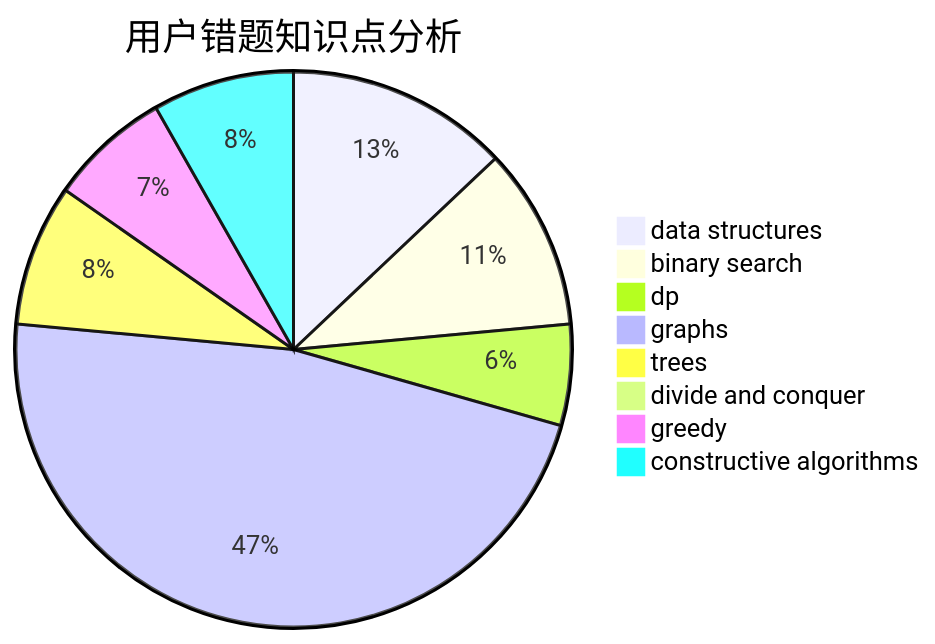
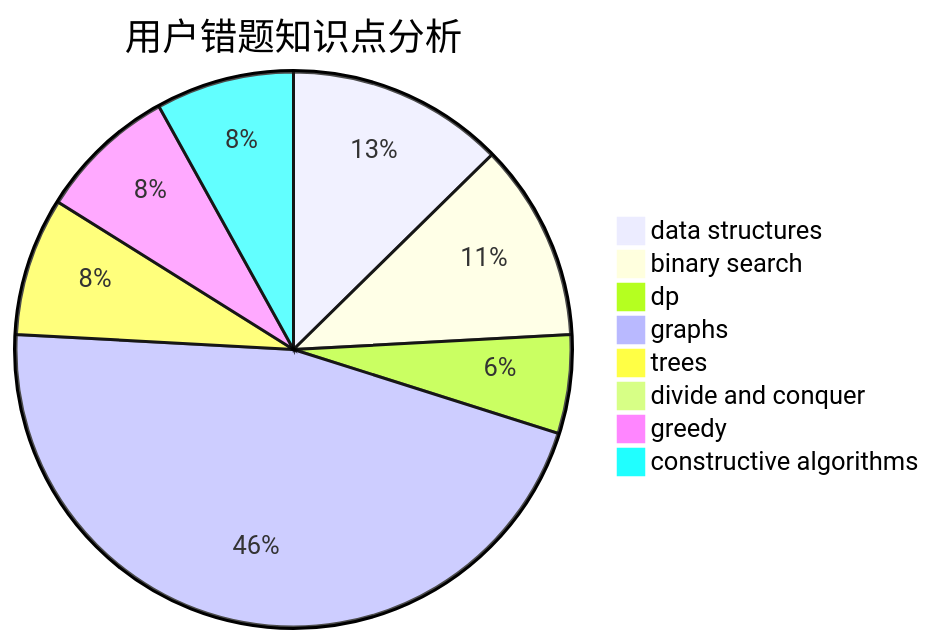
One commit to sherpahu/cfrs.github.io changed the third of 3 diagrams in docs/user/u1288.md. Above: the diagram before and after it, drawn with Mermaid. The commit also changed other lines of this file and 2770 other files, not shown here.

````diff
--- a/docs/user/u1288.md
+++ b/docs/user/u1288.md
@@ -36,11 +36,11 @@
 ```mermaid
 pie title 用户错题知识点分析
     "data structures" :  11
-    "binary search" :  9
+    "binary search" :  10
     "dp" :  5
     "graphs" :  40
     "trees" :  7
     "divide and conquer" :  0
-    "greedy" :  6
+    "greedy" :  7
     "constructive algorithms" :  7
 ```
````
